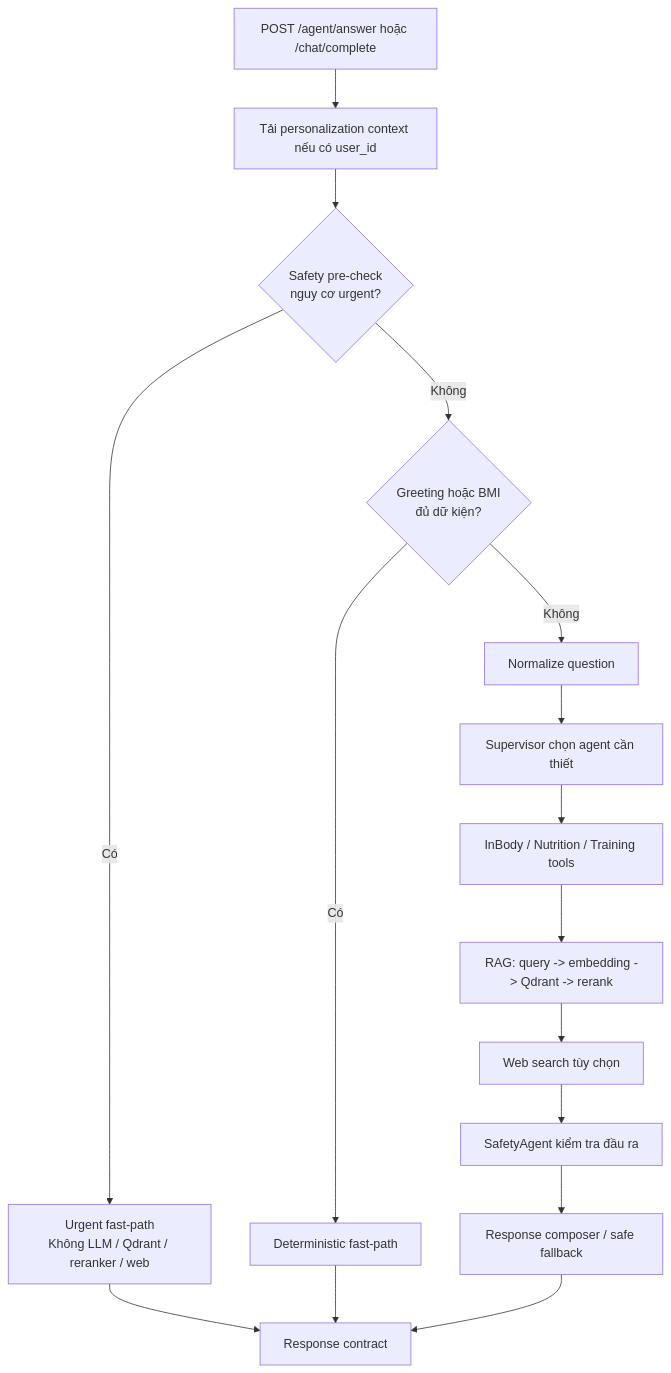
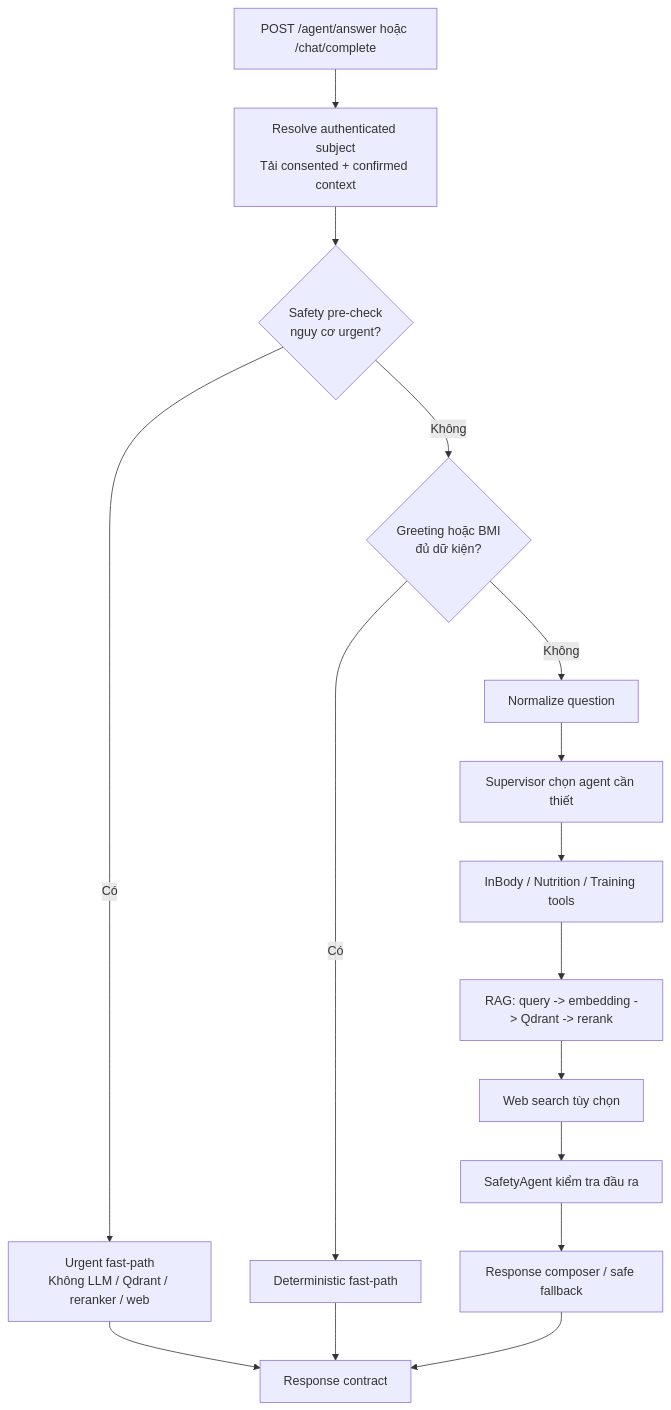
Before and after one commit to duonyyy/Health-InBody-Agent-RAG: the second of 5 diagrams in ARCH.MD, drawn with Mermaid. The commit also changed other lines of this file and 27 other files, not shown here.

Commit message:
docs: update system architecture, setup instructions, and roadmap documentation

````diff
--- a/ARCH.MD
+++ b/ARCH.MD
@@ -62,18 +63,18 @@
 ```mermaid
 flowchart TD
-    A["POST /agent/answer hoặc /chat/complete"] --> B["Tải personalization context nếu có user_id"]
+    A["POST /agent/answer hoặc /chat/complete"] --> B["Resolve authenticated subject\nTải consented + confirmed context"]
     B --> C{"Safety pre-check\nnguy cơ urgent?"}
     C -- "Có" --> D["Urgent fast-path\nKhông LLM / Qdrant / reranker / web"]
     C -- "Không" --> E{"Greeting hoặc BMI\nđủ dữ kiện?"}
     E -- "Có" --> F["Deterministic fast-path"]
     E -- "Không" --> G["Normalize question"]
     G --> H["Supervisor chọn agent cần thiết"]
     H --> I["InBody / Nutrition / Training tools"]
     I --> J["RAG: query -> embedding -> Qdrant -> rerank"]
     J --> K["Web search tùy chọn"]
     K --> L["SafetyAgent kiểm tra đầu ra"]
     L --> M["Response composer / safe fallback"]
     D --> N["Response contract"]
     F --> N
     M --> N
 ```
````
